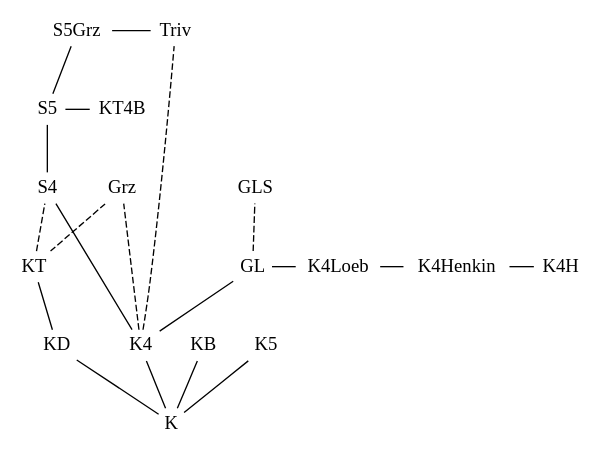
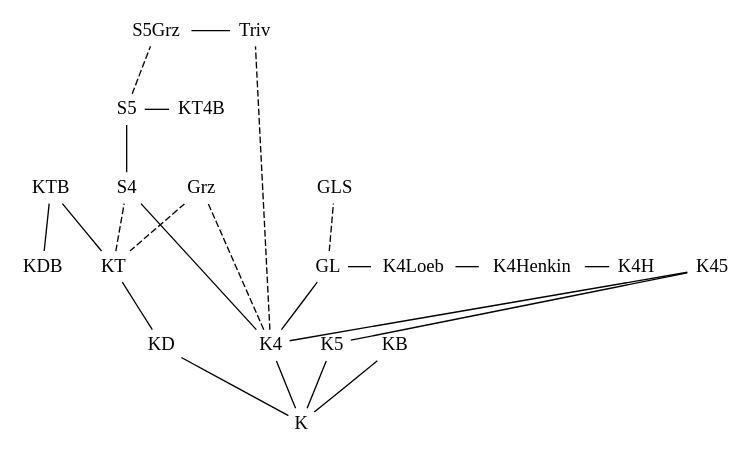
One commit to FormalizedFormalLogic/LogicsKite changed the diagram in kite.dot. Above: the diagram before and after it, drawn with Graphviz.

```diff
--- a/kite.dot
+++ b/kite.dot
@@ -1,65 +1,71 @@
 digraph {
   graph[
     rankdir = BT;
+    splines = line;
   ]
 
   node [
     shape=plaintext
     margin=0.05
     width=0
     height=0
   ];
 
   edge [
     style = solid
     arrowhead = none
   ];
 
+  GL;
+  GLS;
+  Grz;
   K;
-  KD;
-  KT;
-  KB;
   K4;
-  K5;
-  S4;
-  S5;
-  GL;
-  Grz;
-  Triv;
-  GLS;
-  S5Grz;
-  KT4B;
+  K45;
   K4H;
   K4Henkin;
   K4Loeb;
- 
+  K5;
+  KB;
+  KD;
+  KDB;
+  KT;
+  KT4B;
+  KTB;
+  S4;
+  S5;
+  S5Grz;
+  Triv;
+   
+  {rank = same; GL; K4Loeb; K4Henkin; K4H;}
+  GL -> K4Loeb [arrowhead = none];
+  K4Loeb -> K4Henkin [arrowhead = none];
+  K4Henkin -> K4H [arrowhead = none];
+
+  {rank = same; K4; KB; K5; K4}
+
+  {rank = same; S5; KT4B;}
+  S5 -> KT4B [arrowhead = none];
+
+  {rank = same; S5Grz; Triv;}
+  S5Grz -> Triv [arrowhead = none];
+
   GL -> GLS [style = dashed];
-
   K -> K4
   K -> K5
   K -> KB
   K -> KD
-  {rank = same; K4; KB; K5; K4}
-
   K4 -> GL 
   K4 -> Grz [style = dashed];
+  K4 -> K45
   K4 -> S4
   K4 -> Triv [style = dashed];
+  K5 -> K45
   KD -> KT
+  KDB -> KTB 
   KT -> Grz [style = dashed];
+  KT -> KTB
   KT -> S4 [style = dashed];
-  S4 -> S5 
-
-  GL -> K4Loeb [arrowhead = none];
-  K4Loeb -> K4Henkin [arrowhead = none];
-  K4Henkin -> K4H [arrowhead = none];
-  {rank = same; GL; K4Loeb; K4Henkin; K4H;}
-
-  S5 -> KT4B [arrowhead = none];
-  {rank = same; S5; KT4B;}
-
-  S5 -> S5Grz  
-
-  S5Grz -> Triv [arrowhead = none];
-  {rank = same; S5Grz; Triv;}
+  S4 -> S5
+  S5 -> S5Grz [style = dashed] 
 } 
```
